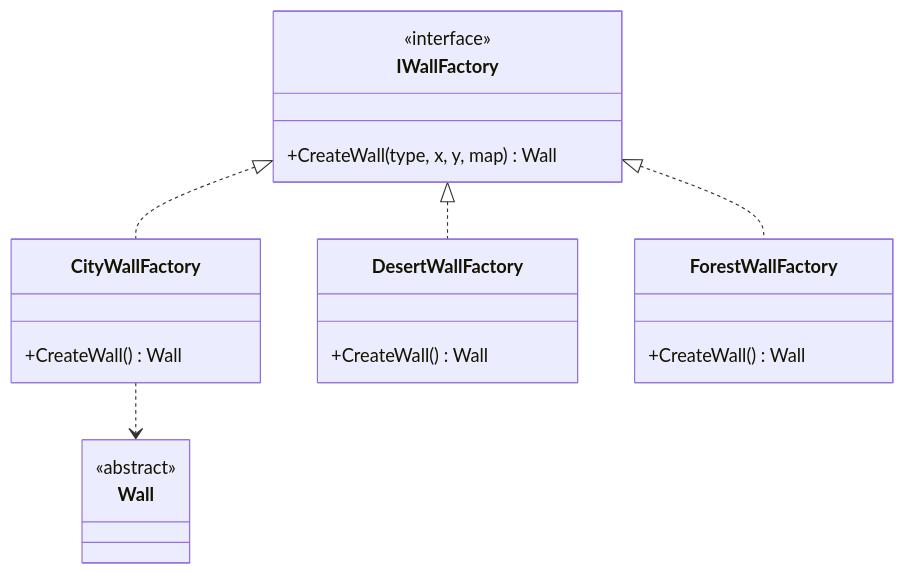
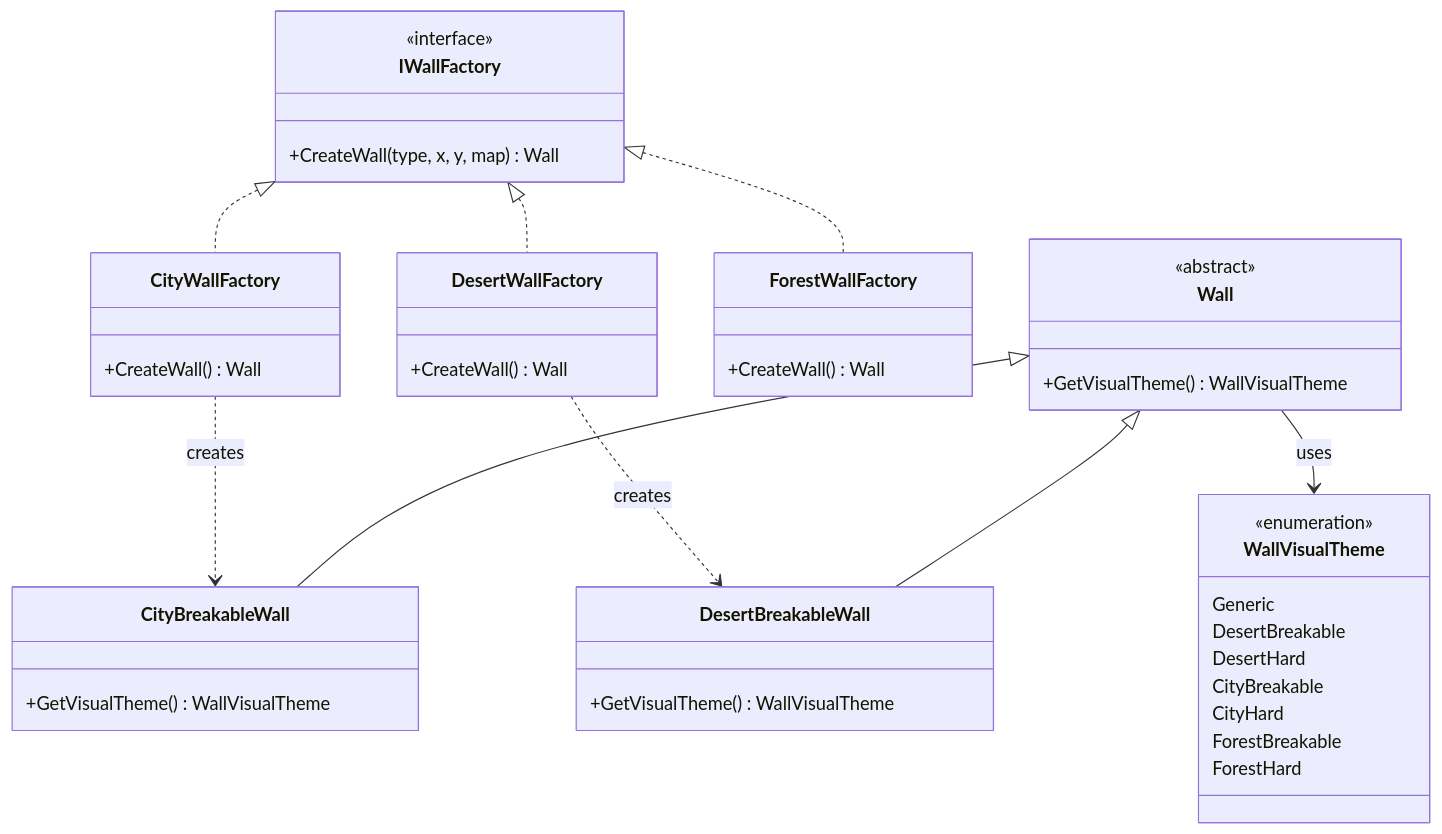
The fourth of 11 diagrams in DESIGN_DOCUMENT.md (sudedincer/BombermanWithDesignPatterns), drawn with Mermaid before and after one commit. The commit also changed other lines of this file and 7 other files, not shown here.

````diff
--- a/DESIGN_DOCUMENT.md
+++ b/DESIGN_DOCUMENT.md
@@ -409,28 +411,52 @@
 ```mermaid
 classDiagram
     class IWallFactory {
         <<interface>>
         +CreateWall(type, x, y, map) Wall
     }
     
     class CityWallFactory {
         +CreateWall() Wall
     }
     
     class DesertWallFactory {
         +CreateWall() Wall
     }
     
     class ForestWallFactory {
         +CreateWall() Wall
     }
     
     class Wall {
         <<abstract>>
+        +GetVisualTheme() WallVisualTheme
+    }
+    
+    class DesertBreakableWall {
+        +GetVisualTheme() WallVisualTheme
+    }
+    
+    class CityBreakableWall {
+        +GetVisualTheme() WallVisualTheme
+    }
+    
+    class WallVisualTheme {
+        <<enumeration>>
+        Generic
+        DesertBreakable
+        DesertHard
+        CityBreakable
+        CityHard
+        ForestBreakable
+        ForestHard
     }
     
     IWallFactory <|.. CityWallFactory
     IWallFactory <|.. DesertWallFactory
     IWallFactory <|.. ForestWallFactory
-    CityWallFactory ..> Wall
+    CityWallFactory ..> CityBreakableWall : creates
+    DesertWallFactory ..> DesertBreakableWall : creates
+    Wall <|-- DesertBreakableWall
+    Wall <|-- CityBreakableWall
+    Wall --> WallVisualTheme : uses
 ```
````
